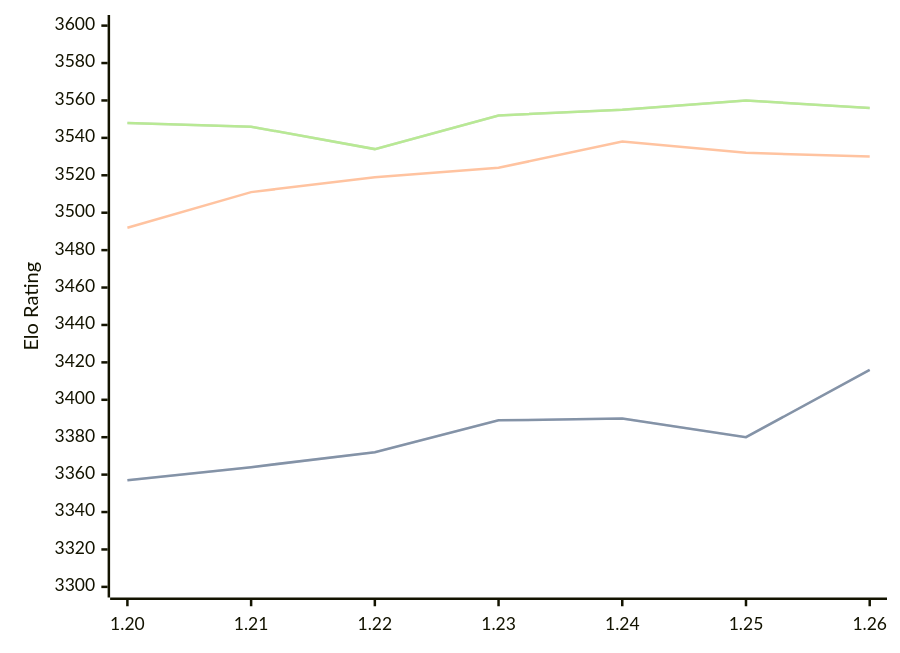
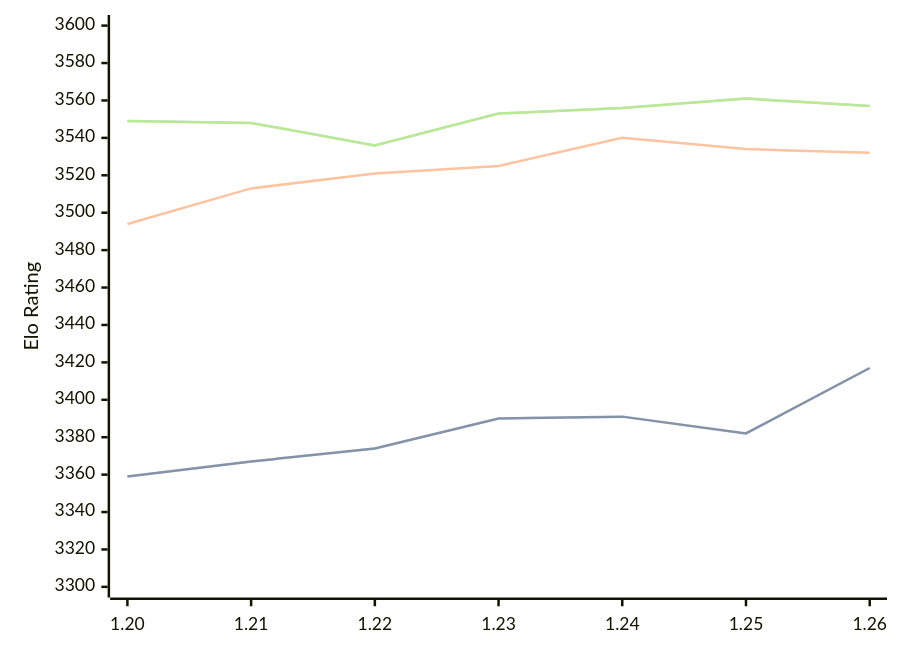
The diagram in engines/Caissa.md (computer-chess-index/cci), drawn with Mermaid before and after one commit. The commit also changed other lines of this file, not shown here.

Commit message:
Update CCI Ratings (ELO VLTC) - 2026-09-01

````diff
--- a/engines/Caissa.md
+++ b/engines/Caissa.md
@@ -37,11 +37,11 @@
 ```mermaid
 %%{init: {"theme":"base","themeVariables":{"seriesColors:['#a3a3a3','#222221','#faa371']}}}%%
 xychart-beta
   x-axis ["1.20", "1.21", "1.22", "1.23", "1.24", "1.25", "1.26"]
   y-axis "Elo Rating" 3300 --> 3600
-  line "" [3357, 3364, 3372, 3389, 3390, 3380, 3416]
-  line "STC (8.0+0.08s)" [3357, 3364, 3372, 3389, 3390, 3380, 3416]
-  line "LTC (60.0+0.60s)" [3492, 3511, 3519, 3524, 3538, 3532, 3530]
-  line "" [3548, 3546, 3534, 3552, 3555, 3560, 3556]
-  line "VLTC (2m24s+1.12s)" [3548, 3546, 3534, 3552, 3555, 3560, 3556]
+  line "" [3359, 3367, 3374, 3390, 3391, 3382, 3417]
+  line "STC (8.0+0.08s)" [3359, 3367, 3374, 3390, 3391, 3382, 3417]
+  line "LTC (60.0+0.60s)" [3494, 3513, 3521, 3525, 3540, 3534, 3532]
+  line "" [3549, 3548, 3536, 3553, 3556, 3561, 3557]
+  line "VLTC (2m24s+1.12s)" [3549, 3548, 3536, 3553, 3556, 3561, 3557]
 ```
````
